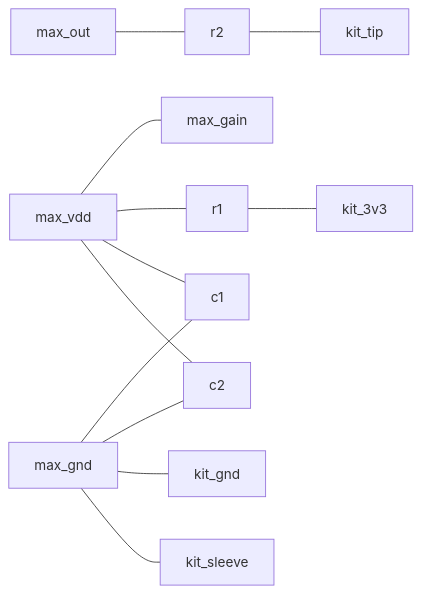
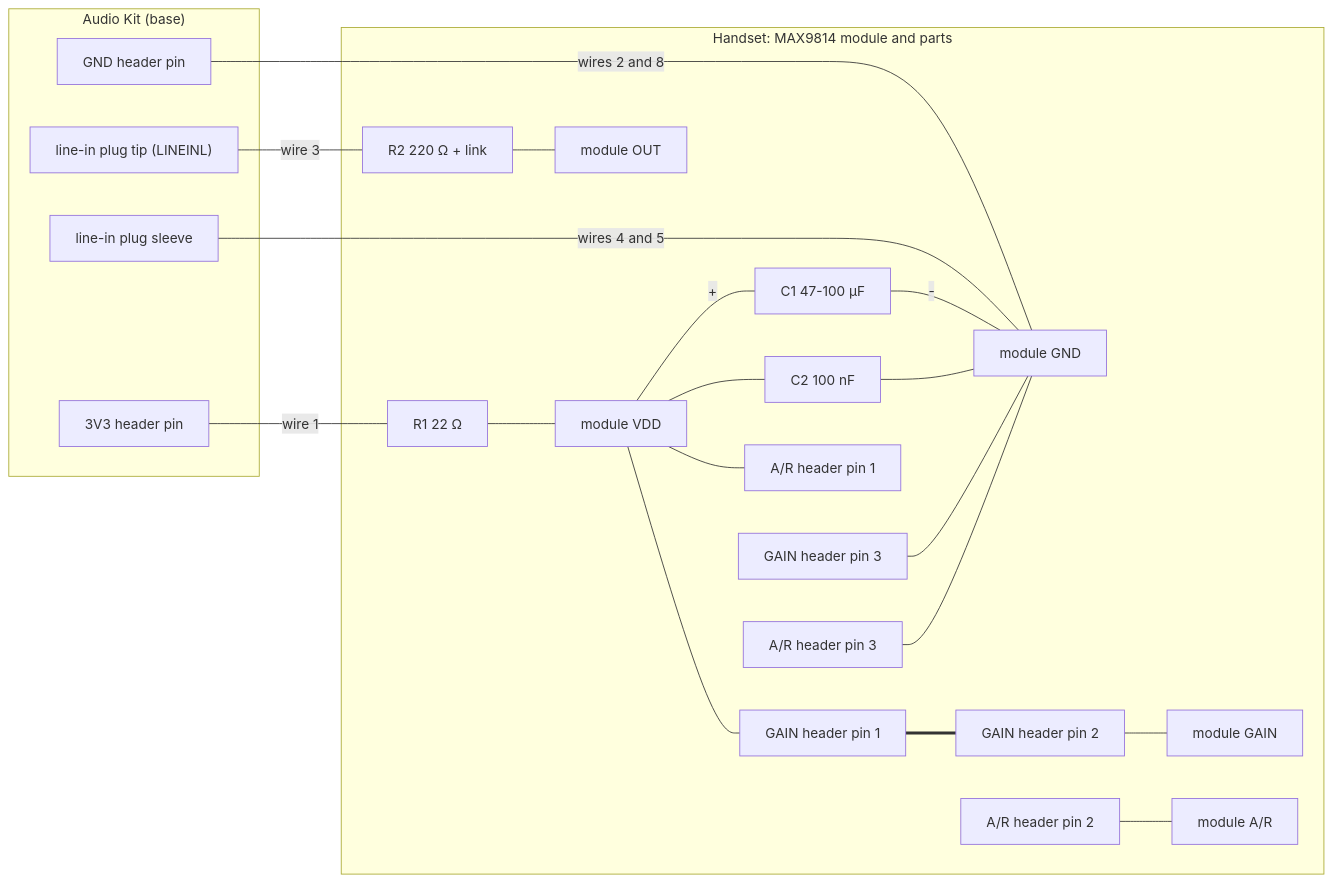
The diagram in doc/initial_design.md (rusttick/weeBell_bluetooth), drawn with Mermaid before and after one commit. The commit also changed other lines of this file and 2 other files, not shown here.

````diff
--- a/doc/initial_design.md
+++ b/doc/initial_design.md
@@ -204,32 +221,50 @@
-  ```mermaid
-  flowchart LR
-    max_vdd["max_vdd"]
-    max_gnd["max_gnd"]
-    max_gain["max_gain"]
-    max_out["max_out"]
+```mermaid
+flowchart LR
+  subgraph base["Audio Kit (base)"]
+    kit_3v3["3V3 header pin"]
+    kit_gnd["GND header pin"]
+    kit_tip["line-in plug tip (LINEINL)"]
+    kit_sleeve["line-in plug sleeve"]
+  end
 
-    r1["r1"]
-    r2["r2"]
-    c1["c1"]
-    c2["c2"]
+  subgraph handset["Handset: MAX9814 module and parts"]
+    r1["R1 22 Ω"]
+    r2["R2 220 Ω + link"]
+    c1["C1 47-100 µF"]
+    c2["C2 100 nF"]
 
-    kit_3v3["kit_3v3"]
-    kit_gnd["kit_gnd"]
-    kit_tip["kit_tip"]
-    kit_sleeve["kit_sleeve"]
+    max_vdd["module VDD"]
+    max_gnd["module GND"]
+    max_gain["module GAIN"]
+    max_ar["module A/R"]
+    max_out["module OUT"]
 
-    max_vdd --- max_gain
-    max_vdd --- r1
-    max_vdd --- c1
-    max_vdd --- c2
+    gain_1["GAIN header pin 1"]
+    gain_2["GAIN header pin 2"]
+    gain_3["GAIN header pin 3"]
+    ar_1["A/R header pin 1"]
+    ar_2["A/R header pin 2"]
+    ar_3["A/R header pin 3"]
+  end
 
-    max_gnd --- c1
-    max_gnd --- c2
-    max_gnd --- kit_gnd
-    max_gnd --- kit_sleeve
+  kit_3v3 -- "wire 1" --- r1
+  r1 --- max_vdd
+  kit_gnd -- "wires 2 and 8" --- max_gnd
+  kit_sleeve -- "wires 4 and 5" --- max_gnd
+  kit_tip -- "wire 3" --- r2
+  r2 --- max_out
 
-    max_out --- r2
+  max_vdd -- "+" --- c1
+  c1 -- "-" --- max_gnd
+  max_vdd --- c2
+  c2 --- max_gnd
 
-    r1 --- kit_3v3
-    r2 --- kit_tip
-  ```
+  max_vdd --- gain_1
+  gain_1 === gain_2
+  gain_2 --- max_gain
+  gain_3 --- max_gnd
+
+  max_vdd --- ar_1
+  ar_2 --- max_ar
+  ar_3 --- max_gnd
+```
````
